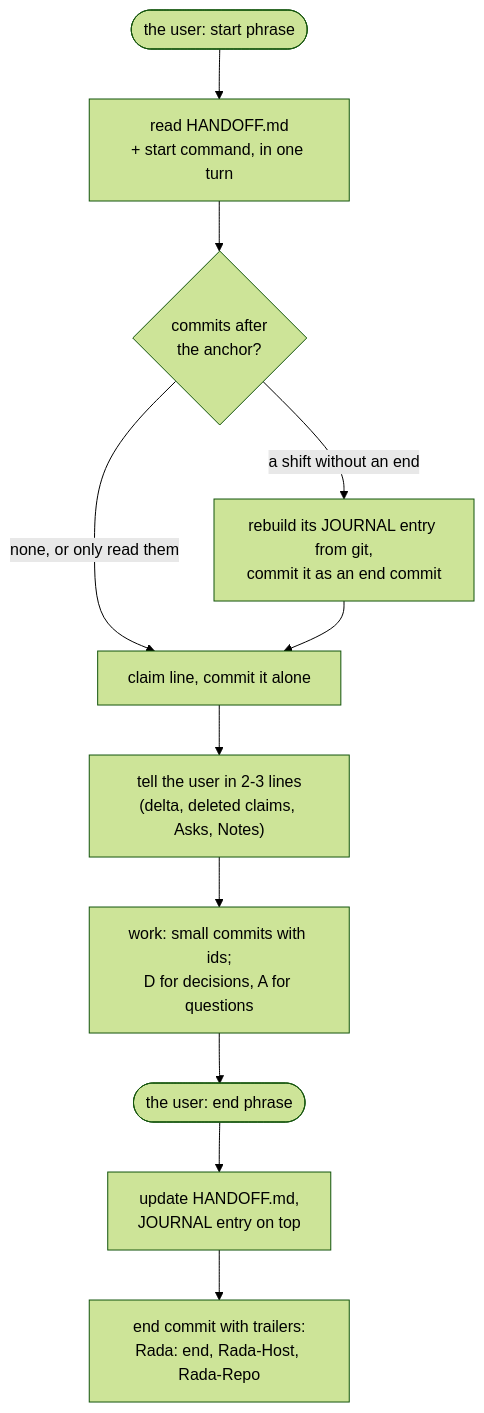
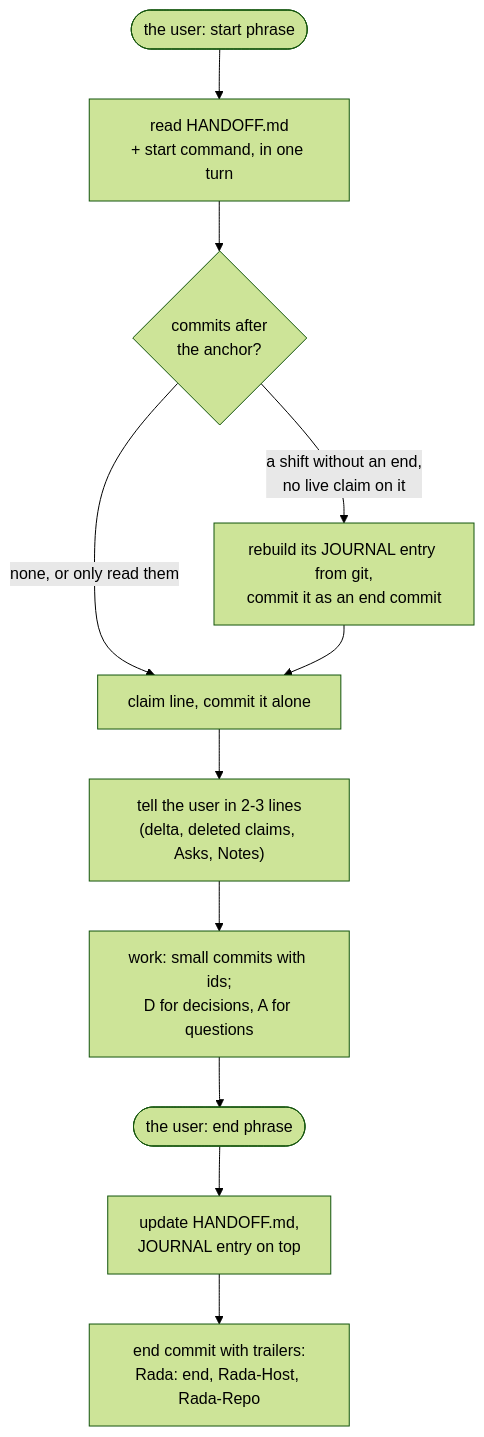
The diagram in README.md (kewl-ua/rada-anchor), drawn with Mermaid (forest theme) before and after one commit. The commit also changed other lines of this file and 6 other files, not shown here.

````diff
--- a/README.md
+++ b/README.md
@@ -122,13 +123,13 @@
 ```mermaid
 flowchart TD
     A(["the user: start phrase"]) --> B["read HANDOFF.md<br/>+ start command, in one turn"]
     B --> C{"commits after<br/>the anchor?"}
-    C -- "a shift without an end" --> R["rebuild its JOURNAL entry from git,<br/>commit it as an end commit"]
+    C -- "a shift without an end,<br/>no live claim on it" --> R["rebuild its JOURNAL entry from git,<br/>commit it as an end commit"]
     C -- "none, or only read them" --> D["claim line, commit it alone"]
     R --> D
     D --> E["tell the user in 2-3 lines<br/>(delta, deleted claims, Asks, Notes)"]
     E --> F["work: small commits with ids;<br/>D for decisions, A for questions"]
     F --> G(["the user: end phrase"])
     G --> H["update HANDOFF.md,<br/>JOURNAL entry on top"]
     H --> I["end commit with trailers:<br/>Rada: end, Rada-Host, Rada-Repo"]
 ```
````
